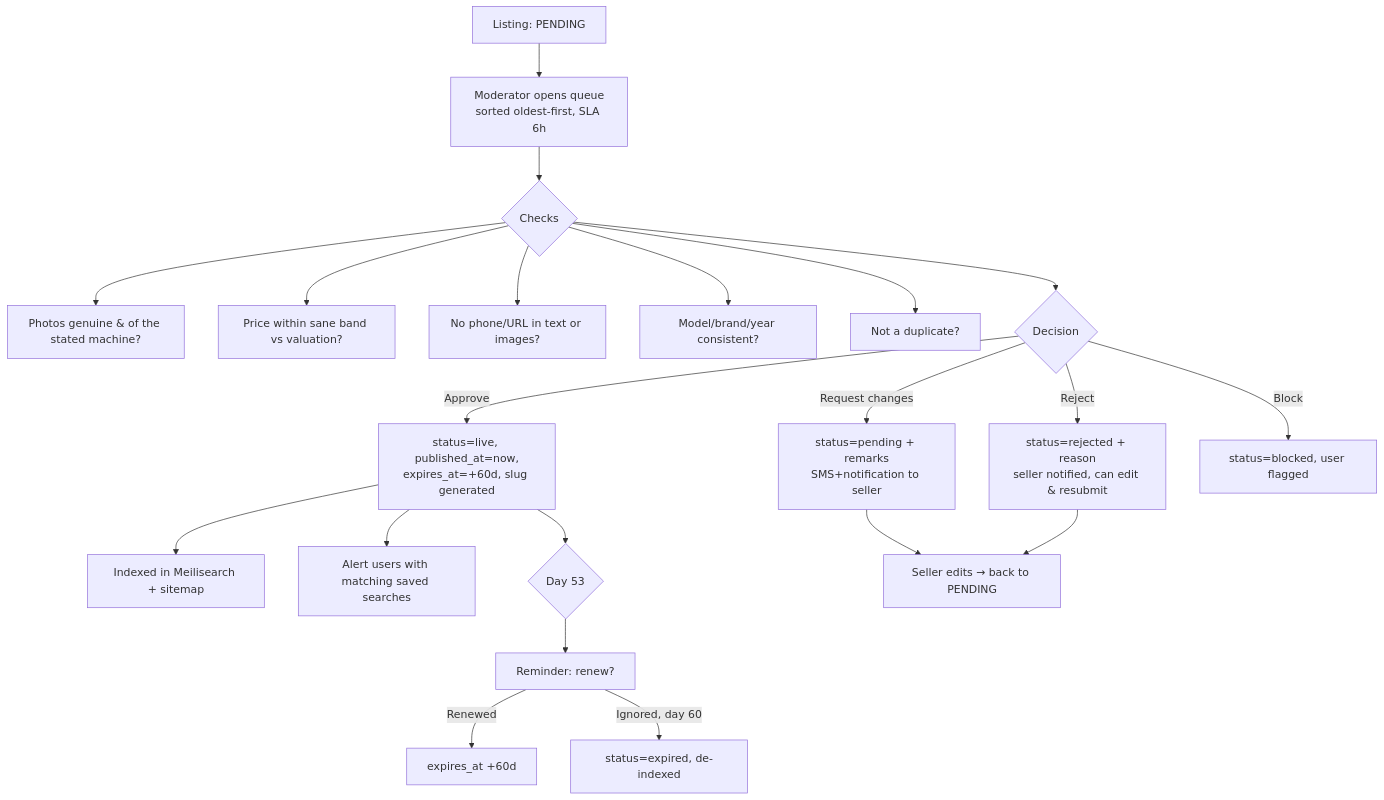
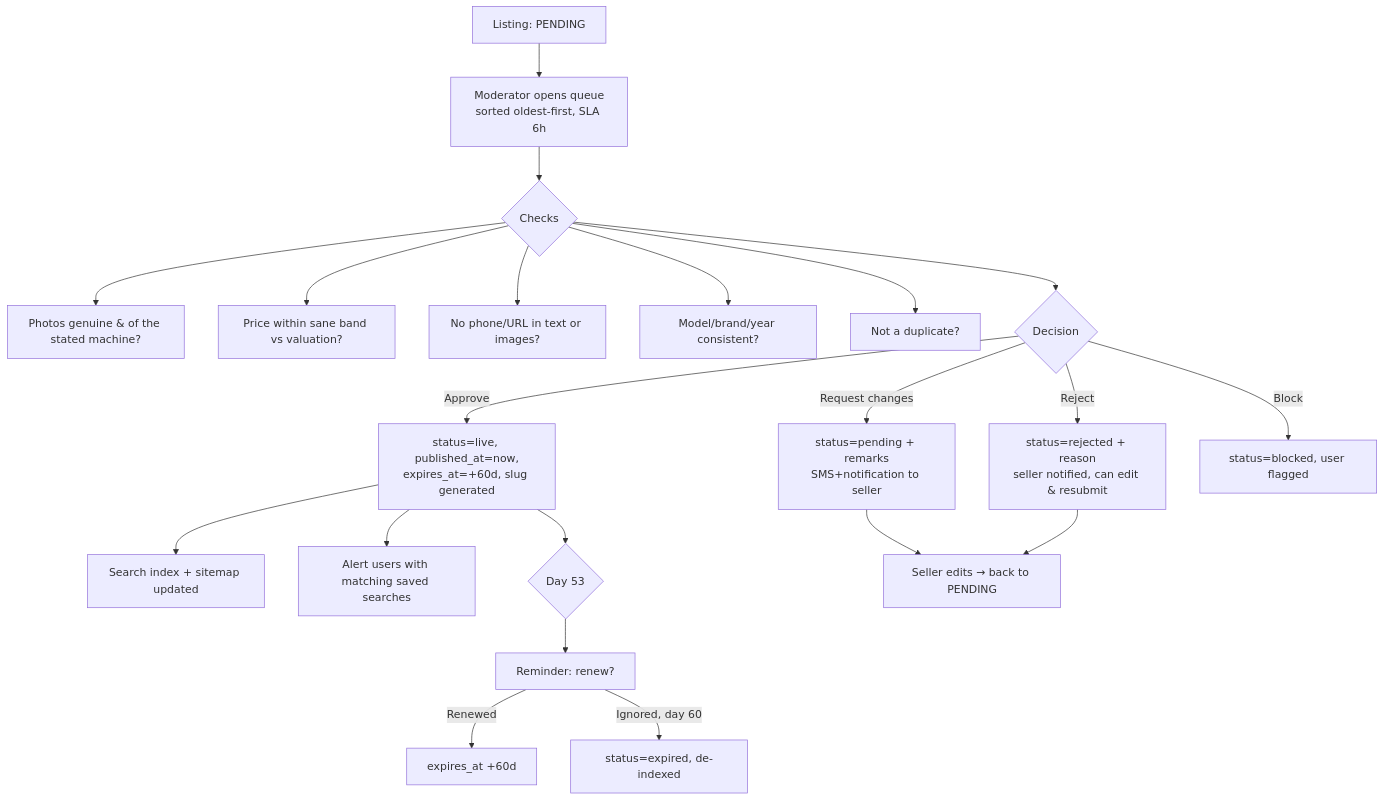
The fifth of 19 diagrams in docs/03-USER-FLOWS.md (sudhanshu441/tractor-junction), drawn with Mermaid before and after one commit. The commit also changed 14 other files, not shown here.

````diff
--- a/docs/03-USER-FLOWS.md
+++ b/docs/03-USER-FLOWS.md
@@ -171,26 +171,26 @@
 ```mermaid
 flowchart TD
     A[Listing: PENDING] --> B[Moderator opens queue<br/>sorted oldest-first, SLA 6h]
     B --> C{Checks}
     C --> C1[Photos genuine & of the stated machine?]
     C --> C2[Price within sane band vs valuation?]
     C --> C3[No phone/URL in text or images?]
     C --> C4[Model/brand/year consistent?]
     C --> C5[Not a duplicate?]
 
     C --> D{Decision}
     D -->|Approve| E[status=live, published_at=now,<br/>expires_at=+60d, slug generated]
     D -->|Request changes| F[status=pending + remarks<br/>SMS+notification to seller]
     D -->|Reject| G[status=rejected + reason<br/>seller notified, can edit & resubmit]
     D -->|Block| H[status=blocked, user flagged]
 
-    E --> I[Indexed in Meilisearch + sitemap]
+    E --> I[Search index + sitemap updated]
     E --> J[Alert users with matching saved searches]
     F --> K[Seller edits → back to PENDING]
     G --> K
 
     E --> L{Day 53}
     L --> M[Reminder: renew?]
     M -->|Renewed| N[expires_at +60d]
     M -->|Ignored, day 60| O[status=expired, de-indexed]
 ```
````
